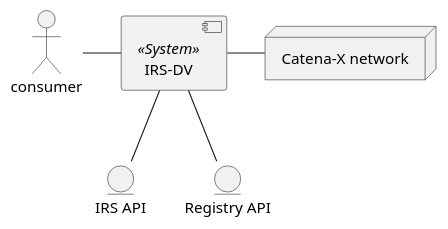
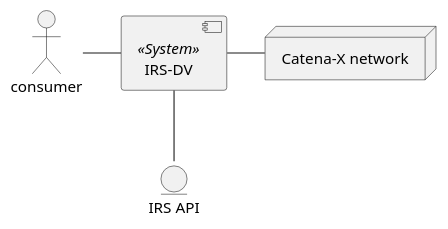
Before and after one commit to zlalvani/product-item-relationship-service-frontend: the diagram in docs/puml-diagrams/technical-context.puml, drawn with PlantUML. The commit also changed 8 other files, not shown here.

Commit message:
docs: update docs, graphs

```diff
--- a/docs/puml-diagrams/technical-context.puml
+++ b/docs/puml-diagrams/technical-context.puml
@@ -1,12 +1,10 @@
 @startuml
 consumer as user
 component "IRS-DV" as irsdv << System >>
 node "Catena-X network" as catenaX
 entity "IRS API" as api
-entity "Registry API" as regAPI
 
 user - irsdv
 irsdv -- api 
-irsdv -- regAPI
 irsdv - catenaX
 @enduml
```
